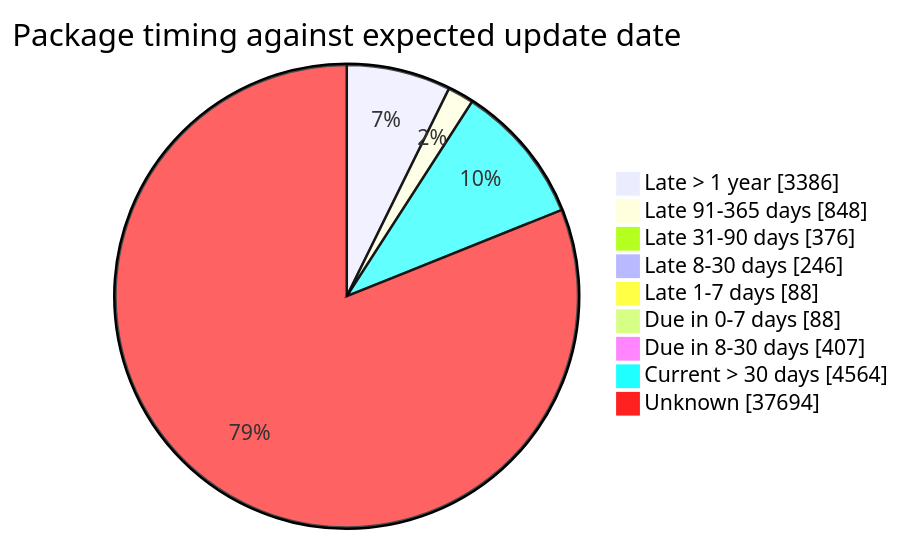
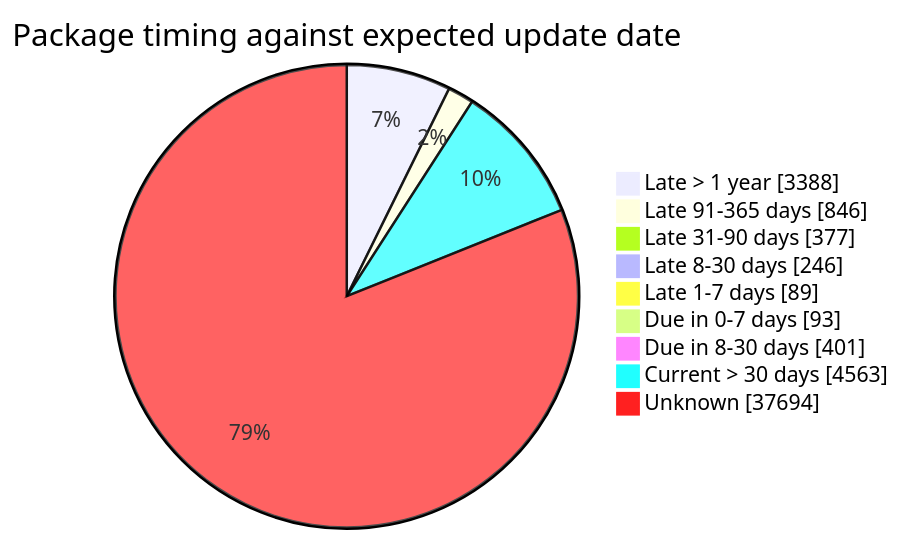
Before and after one commit to open-data/analytics-corporate-reporting: the fourth of 5 diagrams in FreshCheck/README.md, drawn with Mermaid. The commit also changed other lines of this file and 3 other files, not shown here.

````diff
--- a/FreshCheck/README.md
+++ b/FreshCheck/README.md
@@ -86,12 +86,12 @@
 ```mermaid
 pie showData title Package timing against expected update date
-    "Late > 1 year": 3386
-    "Late 91-365 days": 848
-    "Late 31-90 days": 376
+    "Late > 1 year": 3388
+    "Late 91-365 days": 846
+    "Late 31-90 days": 377
     "Late 8-30 days": 246
-    "Late 1-7 days": 88
-    "Due in 0-7 days": 88
-    "Due in 8-30 days": 407
-    "Current > 30 days": 4564
+    "Late 1-7 days": 89
+    "Due in 0-7 days": 93
+    "Due in 8-30 days": 401
+    "Current > 30 days": 4563
     "Unknown": 37694
 ```
````
